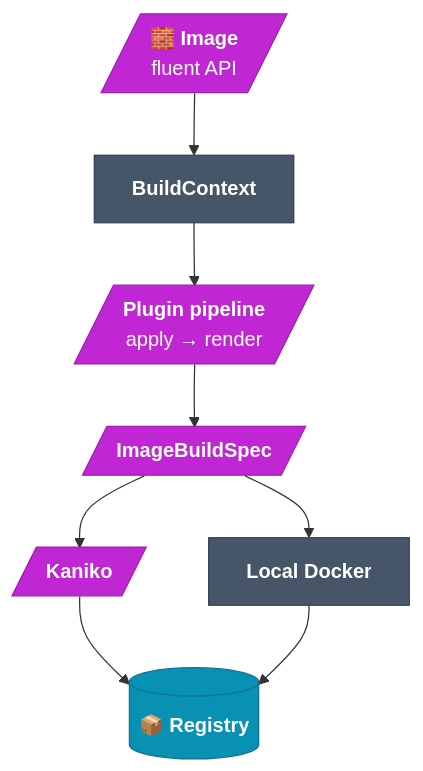
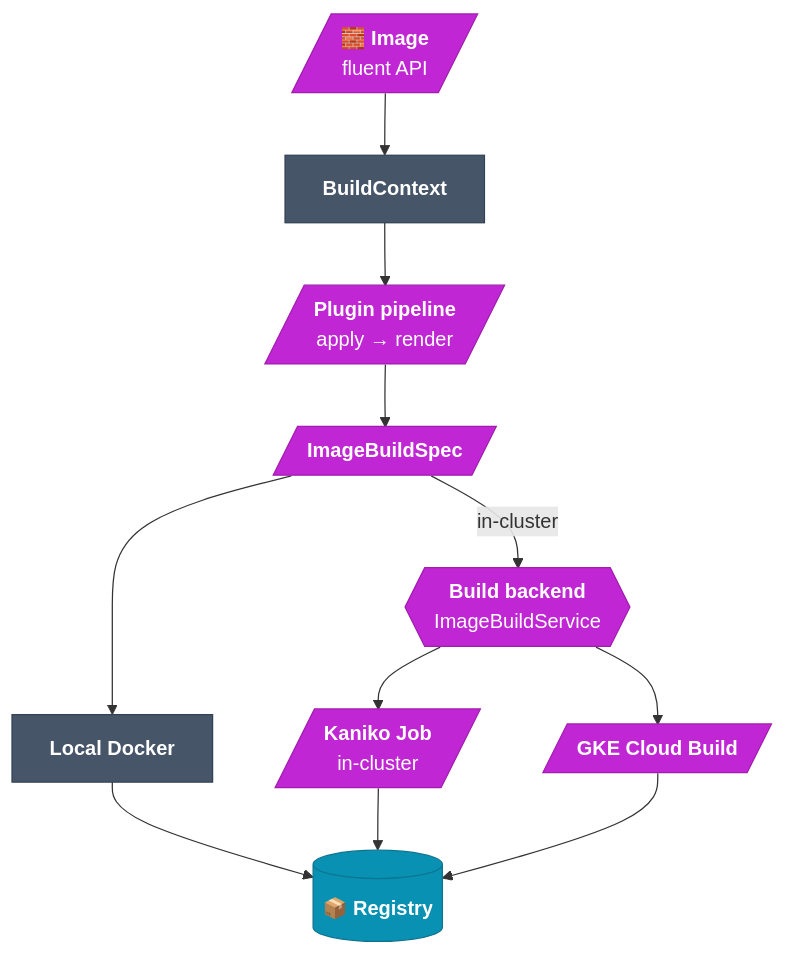
One commit to JetBrains-Research/idegym changed the diagram in website/docs/architecture/image-builder.md. Above: the diagram before and after it, drawn with Mermaid. The commit also changed other lines of this file and 9 other files, not shown here.

````diff
--- a/website/docs/architecture/image-builder.md
+++ b/website/docs/architecture/image-builder.md
@@ -16,25 +16,31 @@
 ```mermaid
 flowchart TB
     img[/"<b>🧱 Image</b><br/>fluent API"/]:::build
     ctx["<b>BuildContext</b>"]:::infra
     plugins[/"<b>Plugin pipeline</b><br/>apply → render"/]:::build
     spec[/"<b>ImageBuildSpec</b>"/]:::build
-    kaniko[/"<b>Kaniko</b>"/]:::build
     docker["<b>Local Docker</b>"]:::infra
+    backend{{"<b>Build backend</b><br/>ImageBuildService"}}:::build
+    kaniko[/"<b>Kaniko Job</b><br/>in-cluster"/]:::build
+    cloud[/"<b>GKE Cloud Build</b>"/]:::build
     reg[("<b>📦 Registry</b>")]:::store
 
     img --> ctx --> plugins --> spec
-    spec --> kaniko --> reg
     spec --> docker --> reg
+    spec -->|"in-cluster"| backend
+    backend --> kaniko --> reg
+    backend --> cloud --> reg
 
     classDef build fill:#c026d3,stroke:#a21caf,color:#fff;
     classDef infra fill:#475569,stroke:#334155,color:#fff;
     classDef store fill:#0891b2,stroke:#0e7490,color:#fff;
 
     click img "https://github.com/JetBrains-Research/idegym/blob/main/image-builder/src/idegym/image/builder.py" "View the Image fluent-API source on GitHub."
     click plugins "https://github.com/JetBrains-Research/idegym/blob/main/plugins/defaults/src/idegym/plugins/defaults/image.py" "Browse the built-in image plugins on GitHub."
     click ctx "https://github.com/JetBrains-Research/idegym/blob/main/api/src/idegym/api/plugin.py" "View the BuildContext source on GitHub."
     click spec "https://github.com/JetBrains-Research/idegym/blob/main/api/src/idegym/api/image_build.py" "View the ImageBuildSpec model on GitHub."
     click docker "https://github.com/JetBrains-Research/idegym/blob/main/image-builder/src/idegym/image/docker_api.py" "View the local Docker build source on GitHub."
-    click kaniko "https://github.com/JetBrains-Research/idegym/blob/main/backend-utils/src/idegym/backend/utils/kubernetes_client.py" "View the Kaniko submit source on GitHub."
+    click backend "https://github.com/JetBrains-Research/idegym/blob/main/backend-utils/src/idegym/backend/utils/image_builder/factory.py" "View the build-backend factory on GitHub."
+    click kaniko "https://github.com/JetBrains-Research/idegym/blob/main/backend-utils/src/idegym/backend/utils/image_builder/kaniko.py" "View the Kaniko backend on GitHub."
+    click cloud "https://github.com/JetBrains-Research/idegym/blob/main/backend-utils/src/idegym/backend/utils/image_builder/cloudbuild_gke.py" "View the GKE Cloud Build backend on GitHub."
 ```
````
